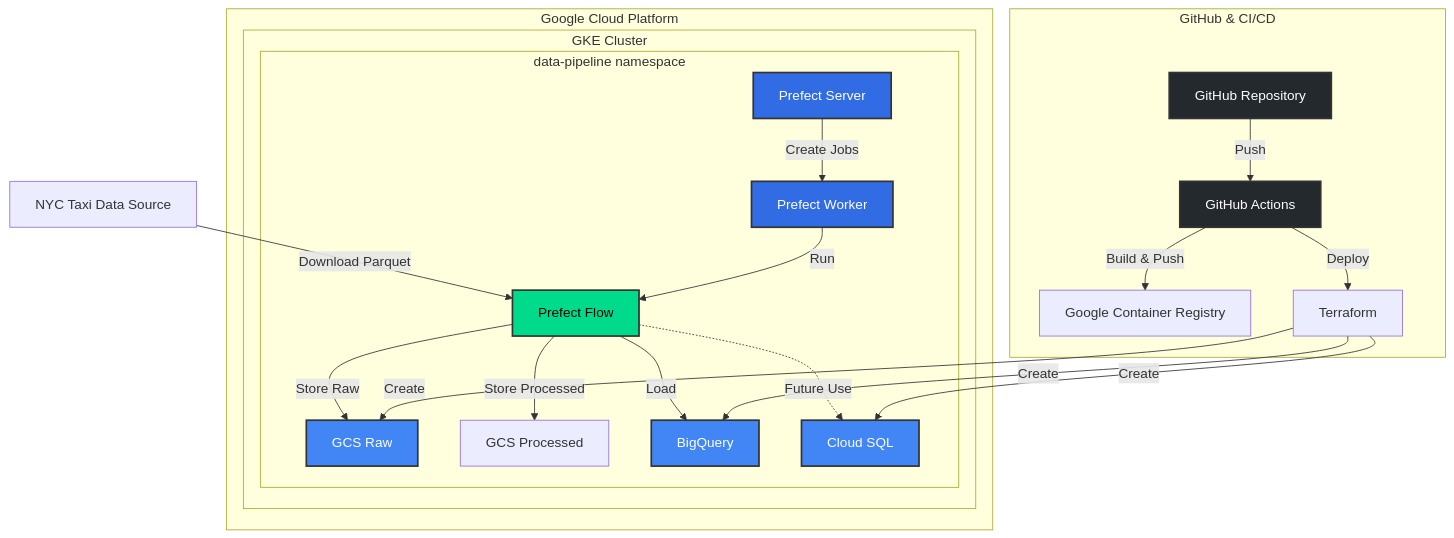
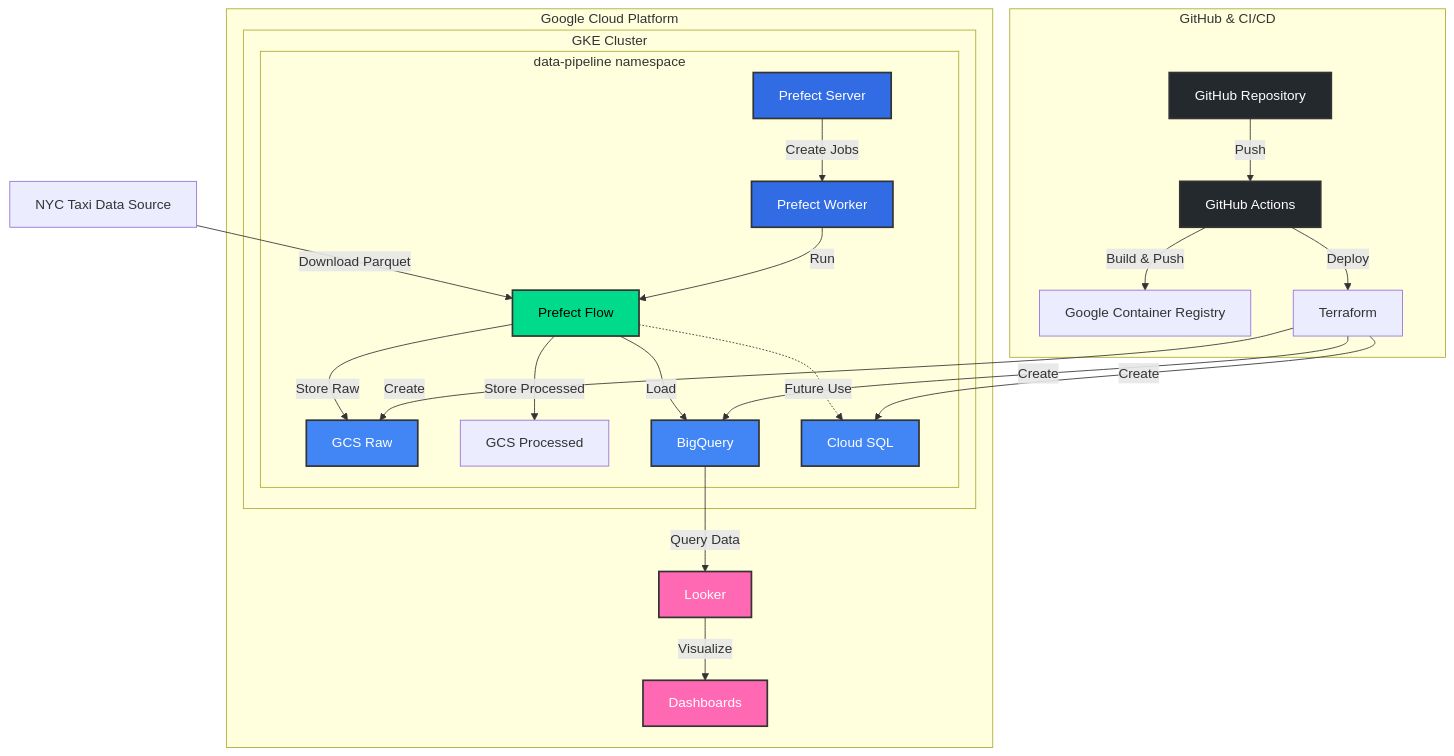
The diagram in pipeline-project/docs/README2.md (ero67/Cloud-Computing-Project), drawn with Mermaid before and after one commit.

Commit message:
updated diagram

````diff
--- a/pipeline-project/docs/README2.md
+++ b/pipeline-project/docs/README2.md
@@ -7,46 +7,52 @@
 ```mermaid
 graph TD
     %% Data Source
     DS[NYC Taxi Data Source] -->|Download Parquet| PF[Prefect Flow]
    
     subgraph "GitHub & CI/CD"
         GH[GitHub Repository] -->|Push| GA[GitHub Actions]
         GA -->|Build & Push| GCR[Google Container Registry]
         GA -->|Deploy| TF[Terraform]
     end
    
     subgraph "Google Cloud Platform"
         %% Kubernetes Cluster
         subgraph "GKE Cluster"
             subgraph "data-pipeline namespace"
                 PS[Prefect Server] -->|Create Jobs| PW[Prefect Worker]
                 PW -->|Run| PF
                 PF -->|Store Raw| GCS
                 PF -->|Store Processed| GCS2[GCS Processed]
                 PF -->|Load| BQ[BigQuery]
                 PF -.->|Future Use| SQL[Cloud SQL]
             end
         end
        
         %% GCP Services
         GCS[GCS Raw]
         BQ
         SQL
+        
+        %% Looker Integration
+        BQ -->|Query Data| LK[Looker]
+        LK -->|Visualize| DB[Dashboards]
     end
    
     %% Infrastructure Management
     TF -->|Create| GCS
     TF -->|Create| BQ
     TF -->|Create| SQL
-
+    
     %% Data Flow
     classDef gcp fill:#4285F4,stroke:#333,stroke-width:2px,color:white;
     classDef k8s fill:#326CE5,stroke:#333,stroke-width:2px,color:white;
     classDef github fill:#24292E,stroke:#333,stroke-width:2px,color:white;
     classDef flow fill:#00DB8B,stroke:#333,stroke-width:2px,color:black;
+    classDef visualization fill:#FF69B4,stroke:#333,stroke-width:2px,color:white;
    
     class GCS,BQ,SQL,GKE gcp;
     class PS,PW k8s;
     class GH,GA github;
     class PF flow;
+    class LK,DB visualization;
 ```
````
